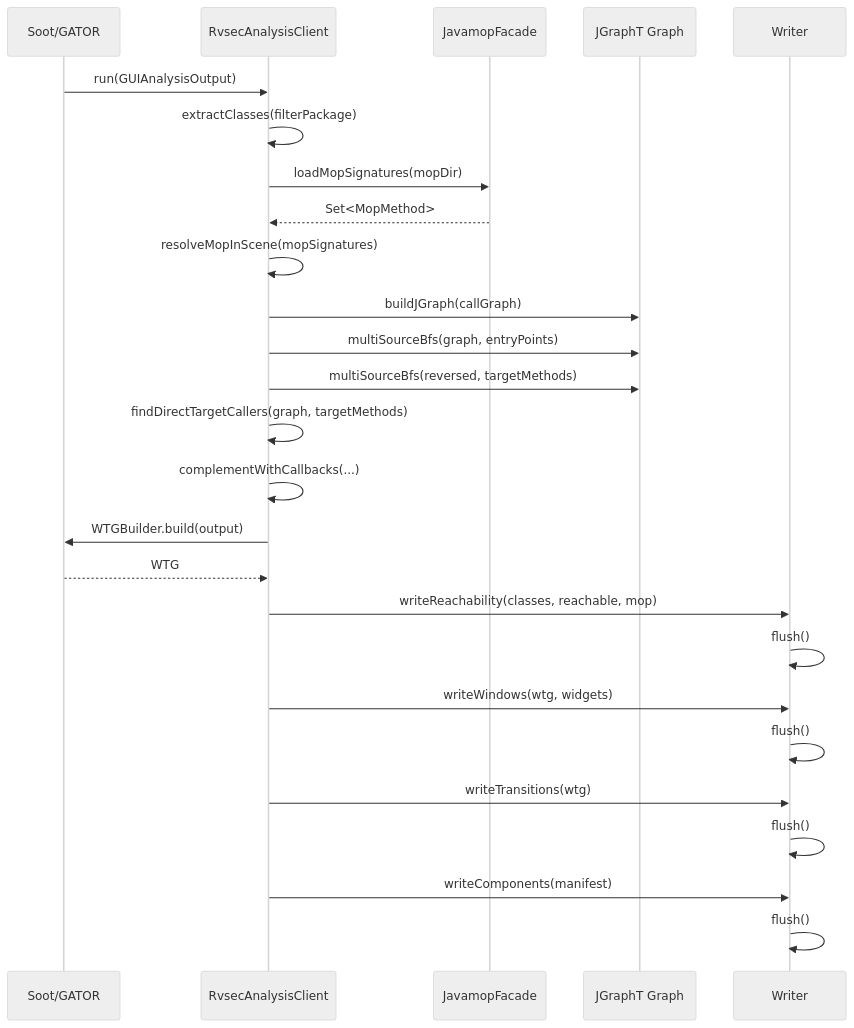
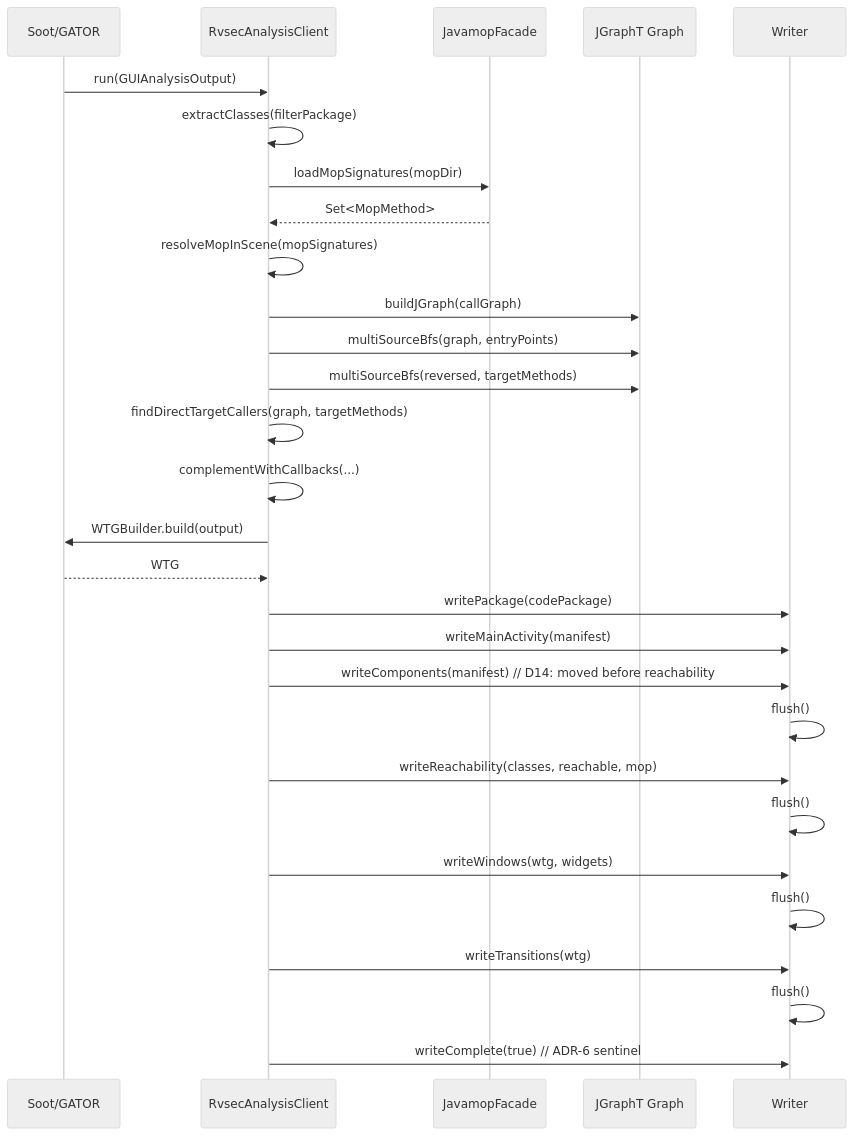
Before and after one commit to PAMunb/rvsec: the second of 4 diagrams in rvsec/rvsec-android/rvsec-gator/client/docs/architecture.md, drawn with Mermaid (neutral theme). The commit also changed other lines of this file and 45 other files, not shown here.

````diff
--- a/rvsec/rvsec-android/rvsec-gator/client/docs/architecture.md
+++ b/rvsec/rvsec-android/rvsec-gator/client/docs/architecture.md
@@ -121,29 +148,32 @@
 ```mermaid
 sequenceDiagram
     participant S as Soot/GATOR
     participant C as RvsecAnalysisClient
     participant J as JavamopFacade
     participant G as JGraphT Graph
     participant W as Writer
 
     S->>C: run(GUIAnalysisOutput)
     C->>C: extractClasses(filterPackage)
     C->>J: loadMopSignatures(mopDir)
     J-->>C: Set<MopMethod>
     C->>C: resolveMopInScene(mopSignatures)
     C->>G: buildJGraph(callGraph)
     C->>G: multiSourceBfs(graph, entryPoints)
     C->>G: multiSourceBfs(reversed, targetMethods)
     C->>C: findDirectTargetCallers(graph, targetMethods)
     C->>C: complementWithCallbacks(...)
     C->>S: WTGBuilder.build(output)
     S-->>C: WTG
+    C->>W: writePackage(codePackage)
+    C->>W: writeMainActivity(manifest)
+    C->>W: writeComponents(manifest)  // D14: moved before reachability
+    W->>W: flush()
     C->>W: writeReachability(classes, reachable, mop)
     W->>W: flush()
     C->>W: writeWindows(wtg, widgets)
     W->>W: flush()
     C->>W: writeTransitions(wtg)
     W->>W: flush()
-    C->>W: writeComponents(manifest)
-    W->>W: flush()
+    C->>W: writeComplete(true)  // ADR-6 sentinel
 ```
````
